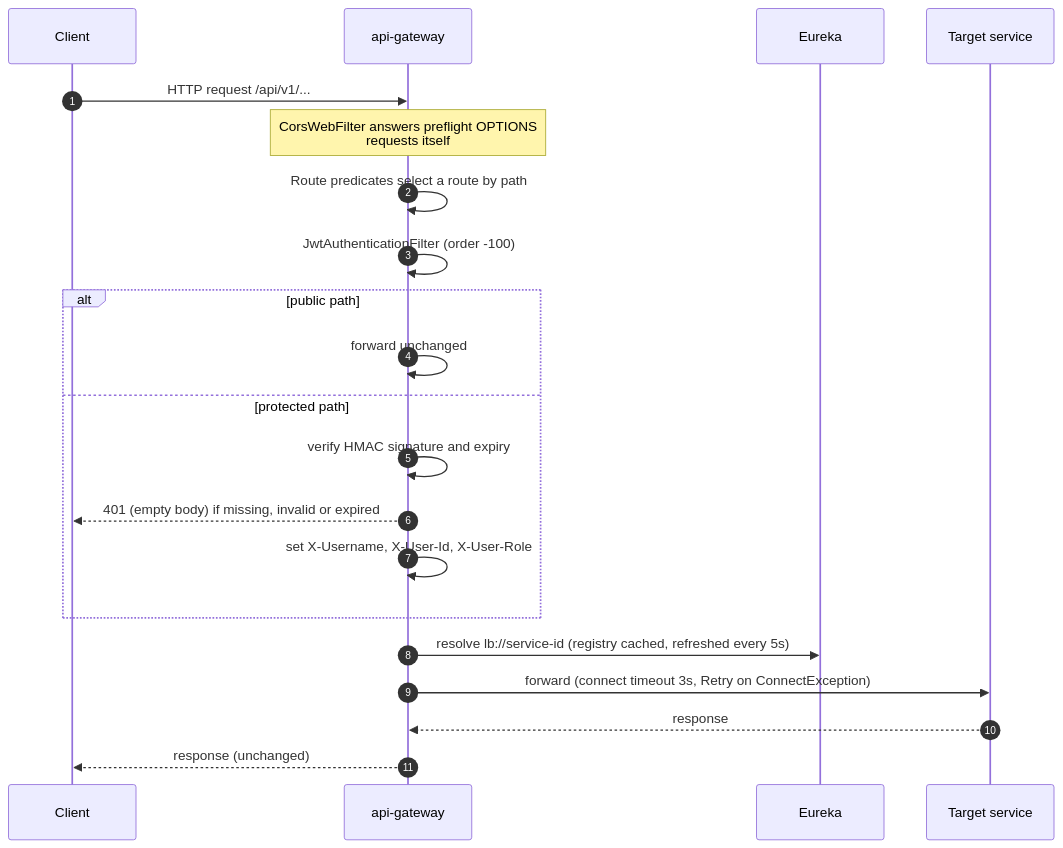
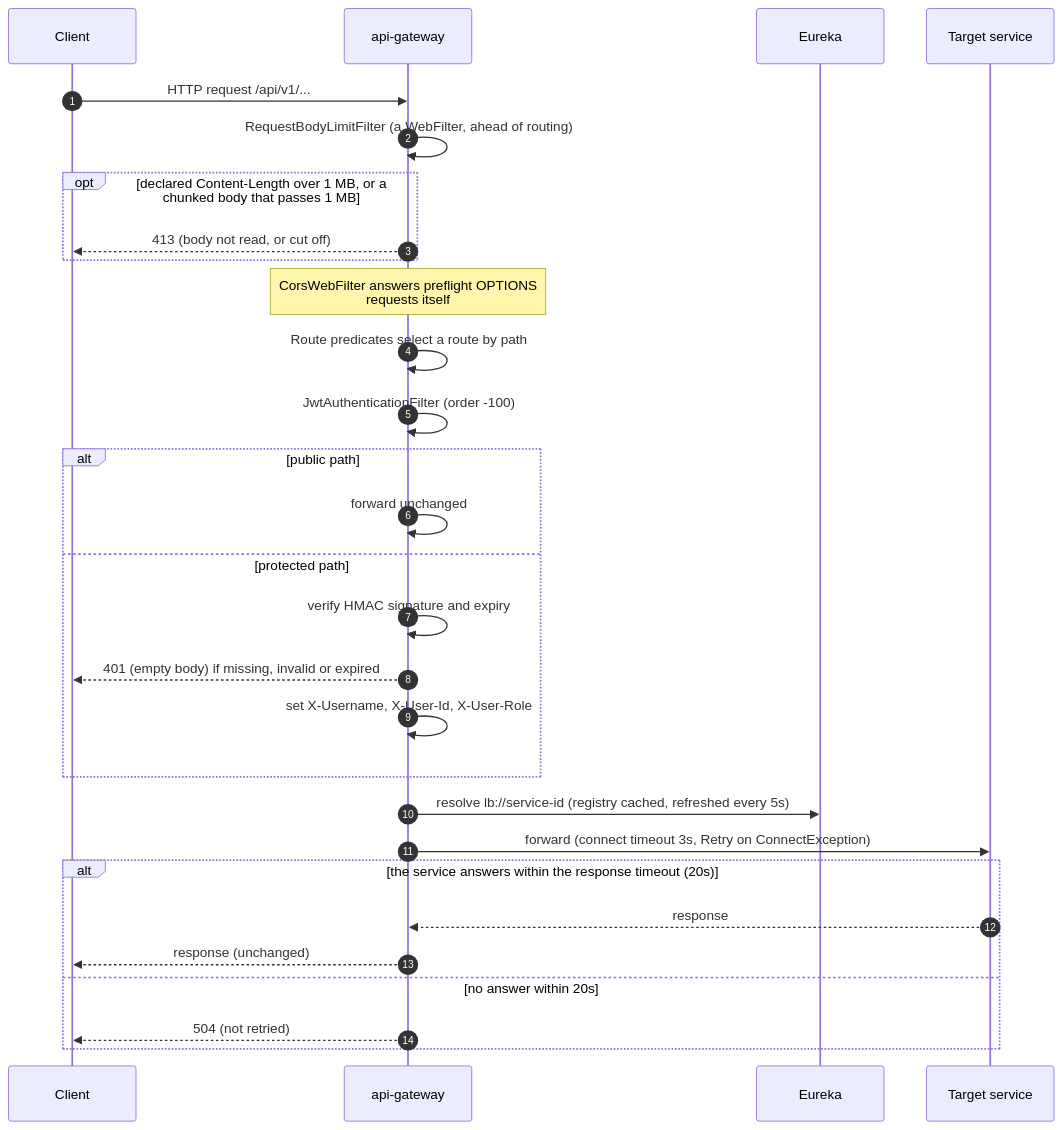
Before and after one commit to bmcnpnr/ecommerce-platform: the diagram in docs/services/api-gateway.md, drawn with Mermaid. The commit also changed other lines of this file and 58 other files, not shown here.

````diff
--- a/docs/services/api-gateway.md
+++ b/docs/services/api-gateway.md
@@ -34,23 +34,31 @@
 ```mermaid
 sequenceDiagram
     autonumber
     participant C as Client
     participant G as api-gateway
     participant E as Eureka
     participant S as Target service
     C->>G: HTTP request /api/v1/...
+    G->>G: RequestBodyLimitFilter (a WebFilter, ahead of routing)
+    opt declared Content-Length over 1 MB, or a chunked body that passes 1 MB
+        G-->>C: 413 (body not read, or cut off)
+    end
     Note over G: CorsWebFilter answers preflight OPTIONS<br/>requests itself
     G->>G: Route predicates select a route by path
     G->>G: JwtAuthenticationFilter (order -100)
     alt public path
         G->>G: forward unchanged
     else protected path
         G->>G: verify HMAC signature and expiry
         G-->>C: 401 (empty body) if missing, invalid or expired
         G->>G: set X-Username, X-User-Id, X-User-Role
     end
     G->>E: resolve lb://service-id (registry cached, refreshed every 5s)
     G->>S: forward (connect timeout 3s, Retry on ConnectException)
-    S-->>G: response
-    G-->>C: response (unchanged)
+    alt the service answers within the response timeout (20s)
+        S-->>G: response
+        G-->>C: response (unchanged)
+    else no answer within 20s
+        G-->>C: 504 (not retried)
+    end
 ```
````
